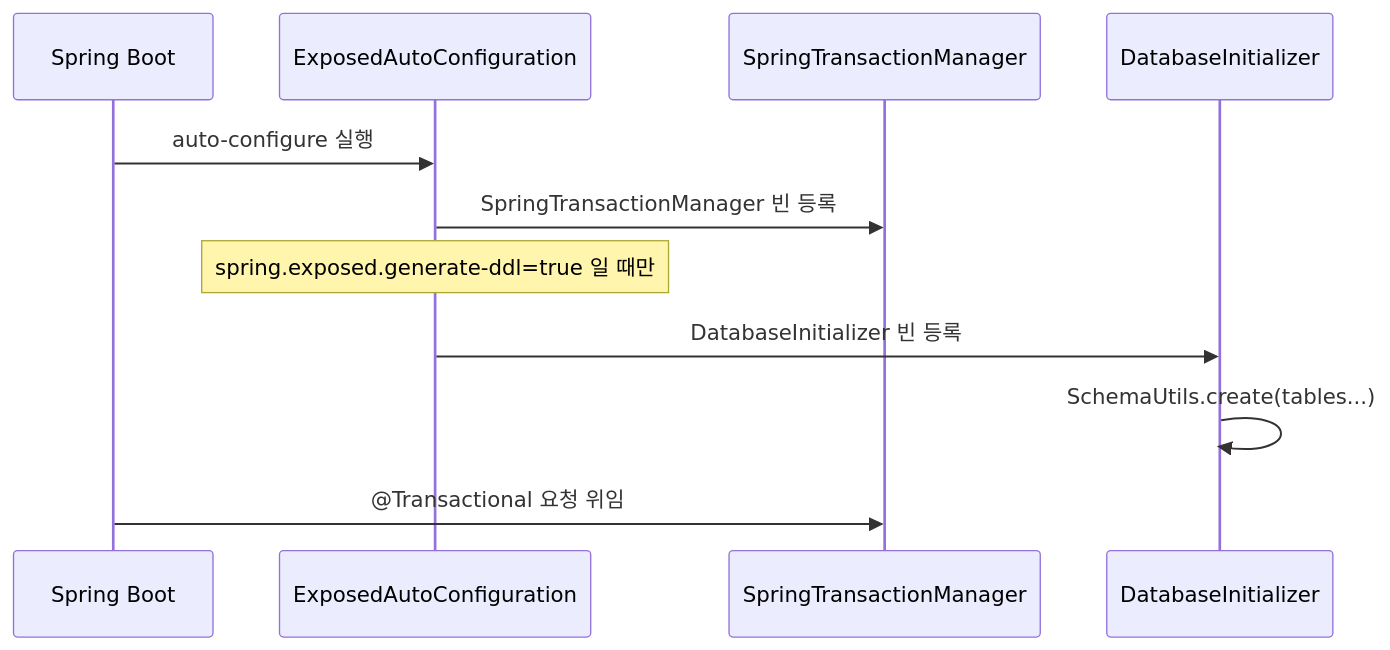
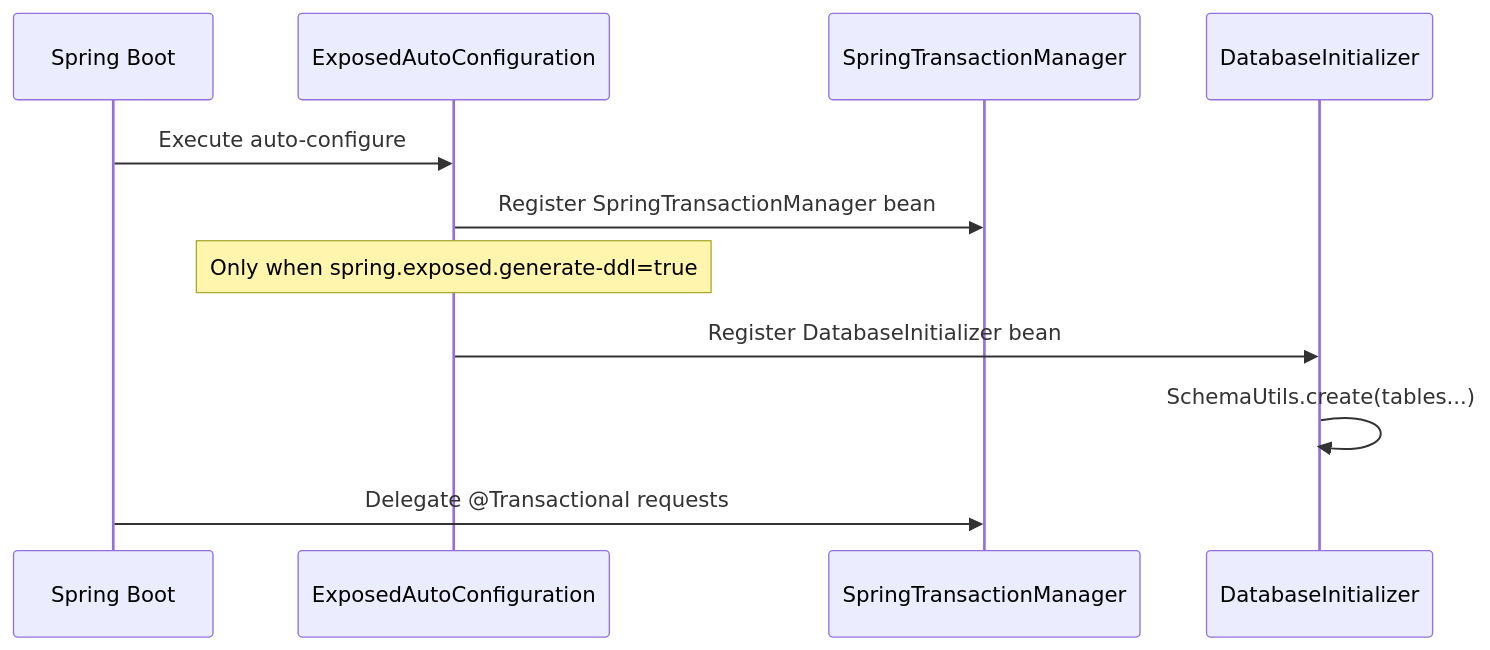
Before and after one commit to bluetape4k/exposed-workshop: the second of 2 diagrams in 09-spring/01-springboot-autoconfigure/README.md, drawn with Mermaid. The commit also changed other lines of this file and 115 other files, not shown here.

````diff
--- a/09-spring/01-springboot-autoconfigure/README.md
+++ b/09-spring/01-springboot-autoconfigure/README.md
@@ -98,14 +100,14 @@
 ```mermaid
 sequenceDiagram
     participant Boot as Spring Boot
     participant AC as ExposedAutoConfiguration
     participant STM as SpringTransactionManager
     participant DI as DatabaseInitializer
 
-    Boot->>AC: auto-configure 실행
-    AC->>STM: SpringTransactionManager 빈 등록
-    Note over AC: spring.exposed.generate-ddl=true 일 때만
-    AC->>DI: DatabaseInitializer 빈 등록
+    Boot->>AC: Execute auto-configure
+    AC->>STM: Register SpringTransactionManager bean
+    Note over AC: Only when spring.exposed.generate-ddl=true
+    AC->>DI: Register DatabaseInitializer bean
     DI->>DI: SchemaUtils.create(tables...)
-    Boot->>STM: @Transactional 요청 위임
+    Boot->>STM: Delegate @Transactional requests
 ```
````
